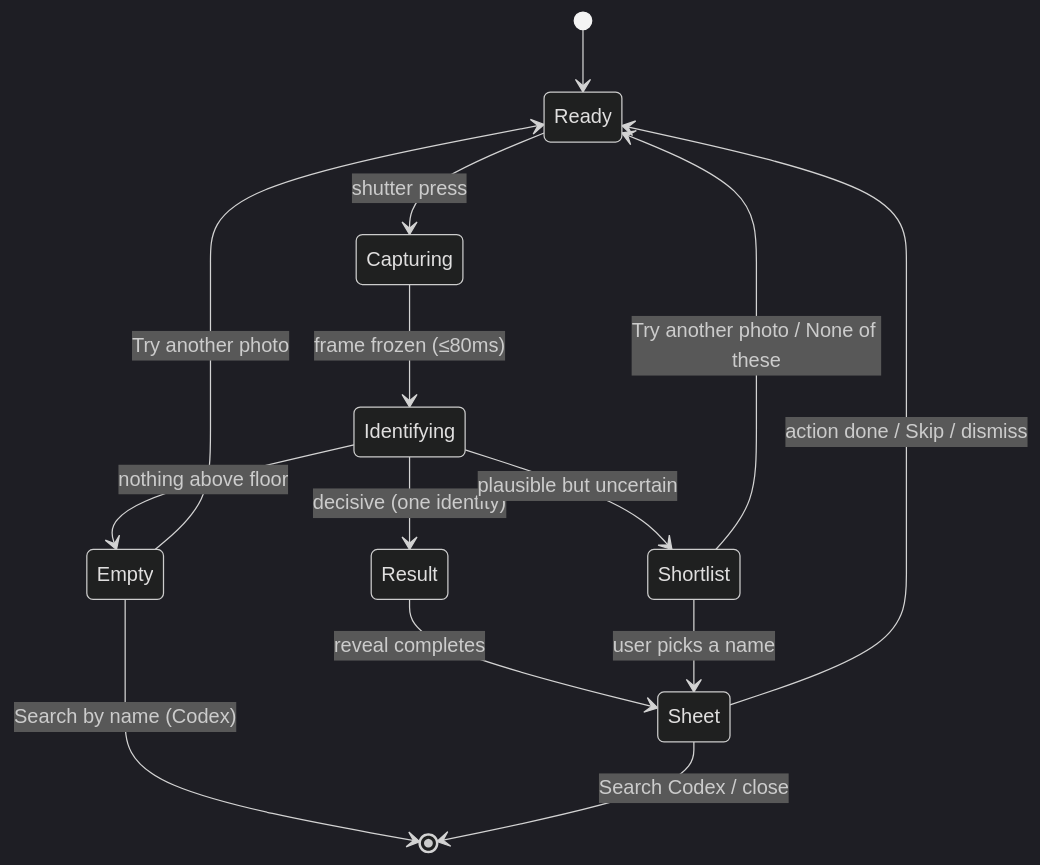
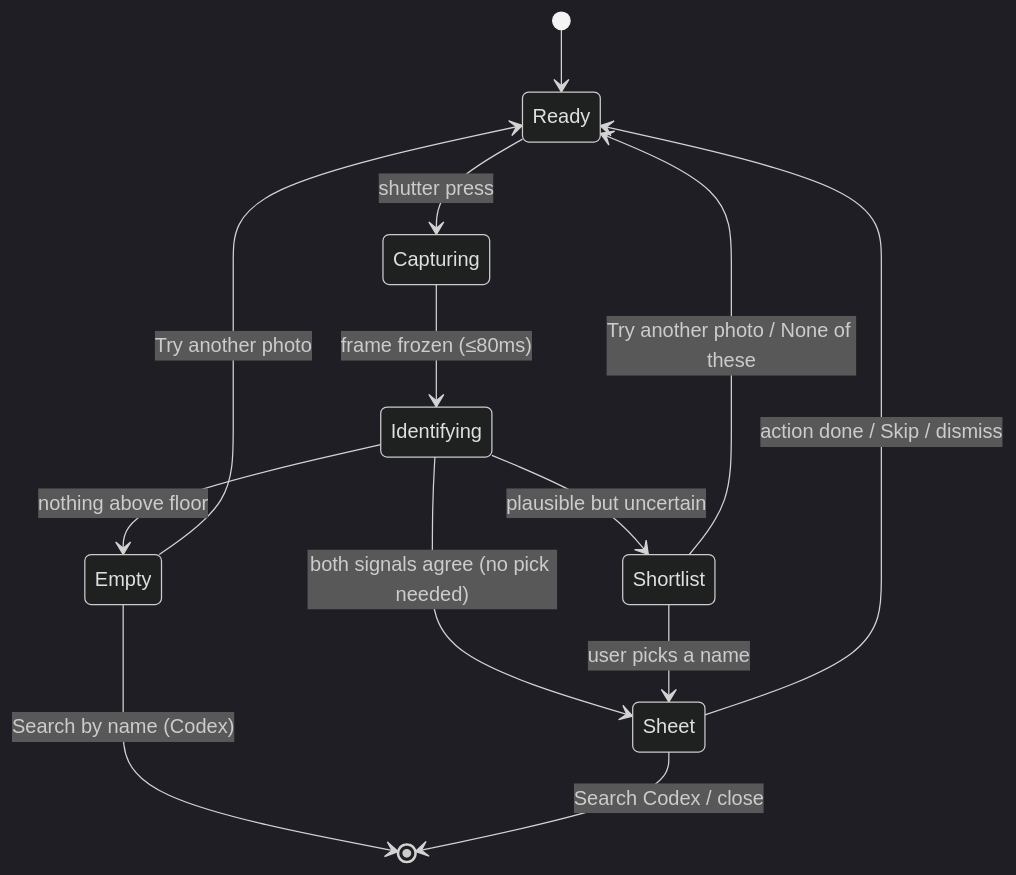
One commit to sadkinglabs/compendium changed the diagram in docs/proposals/card-recogniser-rev6-snapshot-interaction.md. Above: the diagram before and after it, drawn with Mermaid (dark theme). The commit also changed other lines of this file and 1 other file, not shown here.

````diff
--- a/docs/proposals/card-recogniser-rev6-snapshot-interaction.md
+++ b/docs/proposals/card-recogniser-rev6-snapshot-interaction.md
@@ -40,16 +40,15 @@
 ```mermaid
 stateDiagram-v2
     [*] --> Ready
     Ready --> Capturing : shutter press
     Capturing --> Identifying : frame frozen (≤80ms)
-    Identifying --> Result : decisive (one identity)
+    Identifying --> Sheet : both signals agree (no pick needed)
     Identifying --> Shortlist : plausible but uncertain
     Identifying --> Empty : nothing above floor
-    Result --> Sheet : reveal completes
     Shortlist --> Sheet : user picks a name
     Shortlist --> Ready : Try another photo / None of these
     Empty --> Ready : Try another photo
     Empty --> [*] : Search by name (Codex)
     Sheet --> Ready : action done / Skip / dismiss
     Sheet --> [*] : Search Codex / close
 ```
````
